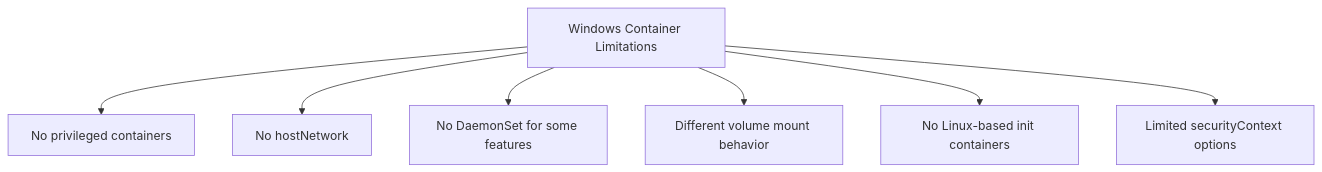
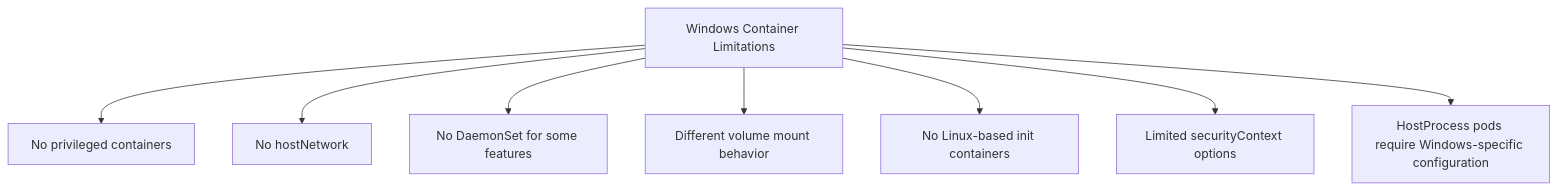
The third of 3 diagrams in posts/2026-02-20-kubernetes-windows-containers/README.md (OneUptime/blog), drawn with Mermaid before and after one commit. The commit also changed other lines of this file and 2 other files, not shown here.

Commit message:
validate: 2026-02-20-kubernetes-windows-containers

````diff
--- a/posts/2026-02-20-kubernetes-windows-containers/README.md
+++ b/posts/2026-02-20-kubernetes-windows-containers/README.md
@@ -248,10 +235,11 @@
 ```mermaid
 graph TD
     A[Windows Container Limitations]
     A --> B[No privileged containers]
     A --> C[No hostNetwork]
     A --> D[No DaemonSet for some features]
     A --> E[Different volume mount behavior]
     A --> F[No Linux-based init containers]
     A --> G[Limited securityContext options]
+    A --> H[HostProcess pods require Windows-specific configuration]
 ```
````
